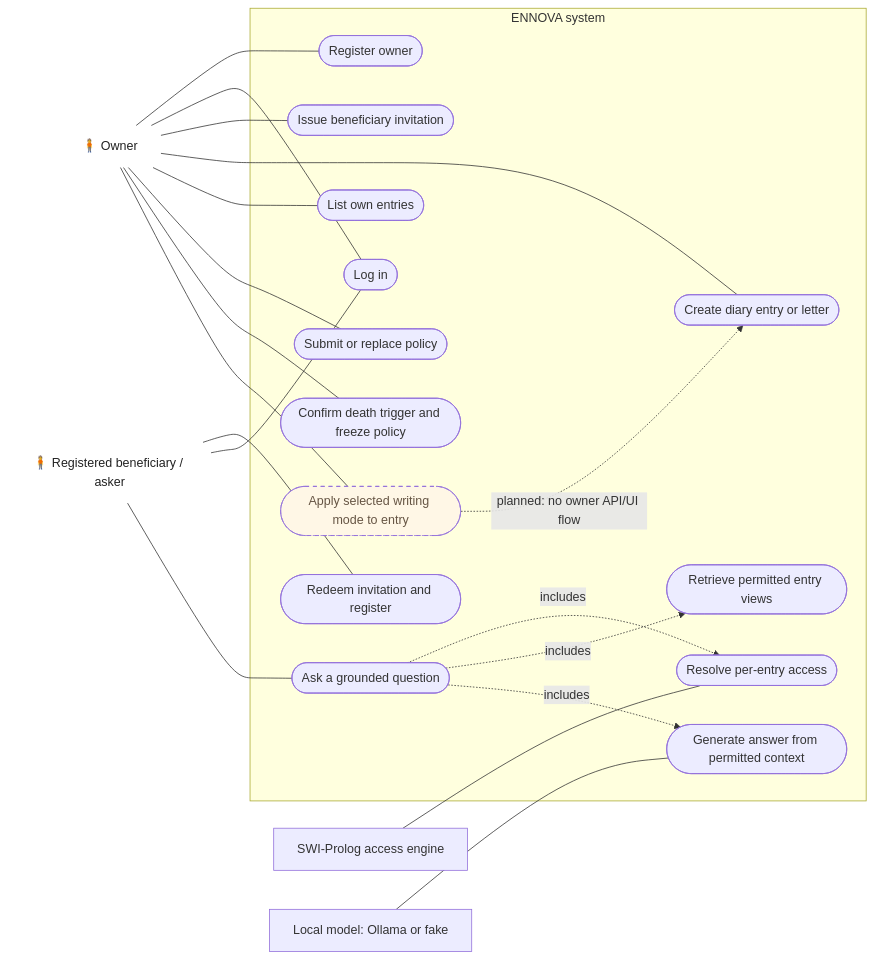
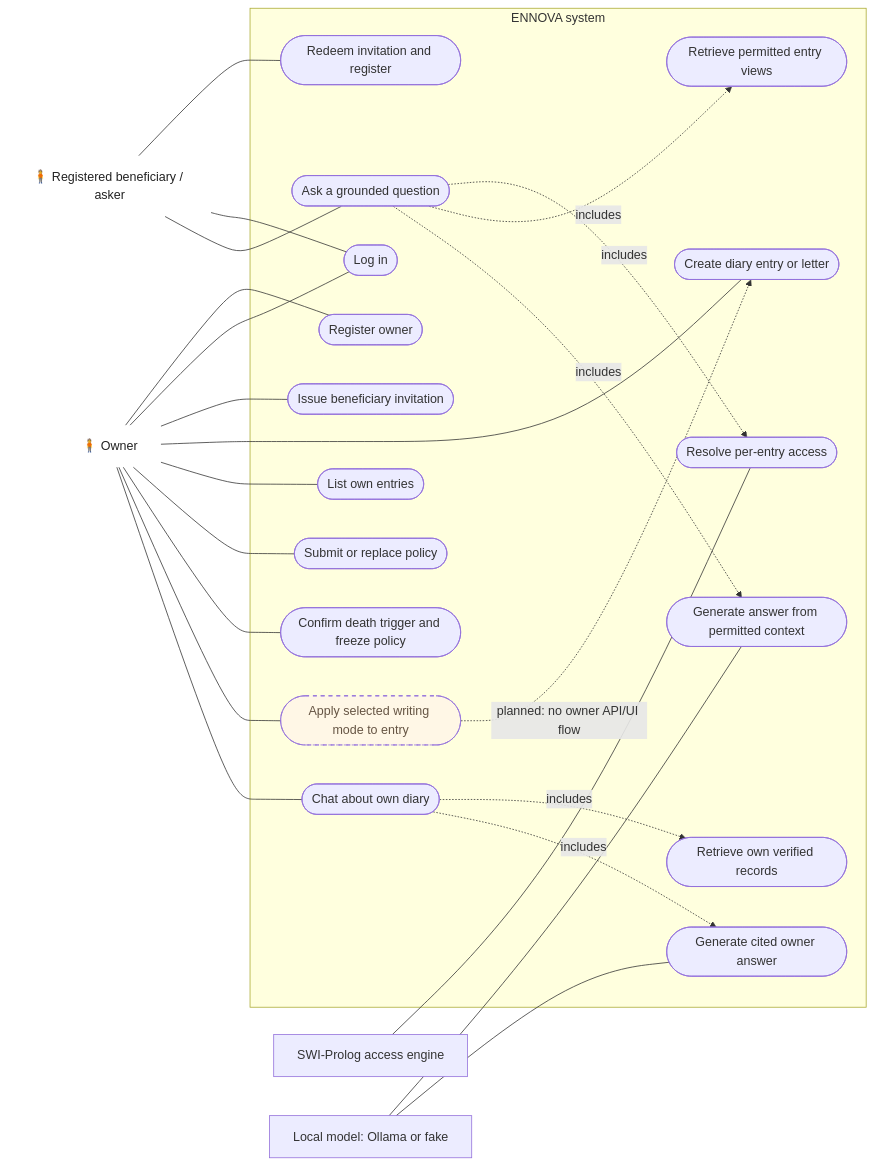
One commit to rnzel/ennova changed the diagram in docs/uml/use-case-diagram.md. Above: the diagram before and after it, drawn with Mermaid. The commit also changed other lines of this file and 21 other files, not shown here.

````diff
--- a/docs/uml/use-case-diagram.md
+++ b/docs/uml/use-case-diagram.md
@@ -5,49 +5,56 @@
 ```mermaid
 flowchart LR
     Owner["🧍 Owner"]
     Beneficiary["🧍 Registered beneficiary / asker"]
     Prolog[SWI-Prolog access engine]
     Model[Local model: Ollama or fake]
 
     subgraph ENNOVA[ENNOVA system]
         UCRegisterOwner([Register owner])
         UCLogin([Log in])
         UCInvite([Issue beneficiary invitation])
         UCRedeem([Redeem invitation and register])
         UCCreate([Create diary entry or letter])
         UCList([List own entries])
         UCPolicy([Submit or replace policy])
         UCTrigger([Confirm death trigger and freeze policy])
         UCAsk([Ask a grounded question])
+        UCOwnerAsk([Chat about own diary])
         UCAccess([Resolve per-entry access])
         UCRetrieve([Retrieve permitted entry views])
         UCAnswer([Generate answer from permitted context])
+        UCOwnerRetrieve([Retrieve own verified records])
+        UCOwnerAnswer([Generate cited owner answer])
         UCMode([Apply selected writing mode to entry])
     end
 
     Owner --- UCRegisterOwner
     Owner --- UCLogin
     Owner --- UCInvite
     Owner --- UCCreate
     Owner --- UCList
     Owner --- UCPolicy
     Owner --- UCTrigger
     Owner --- UCMode
+    Owner --- UCOwnerAsk
 
     Beneficiary --- UCRedeem
     Beneficiary --- UCLogin
     Beneficiary --- UCAsk
 
     UCAsk -. includes .-> UCAccess
     UCAsk -. includes .-> UCRetrieve
     UCAsk -. includes .-> UCAnswer
+    UCOwnerAsk -. includes .-> UCOwnerRetrieve
+    UCOwnerAsk -. includes .-> UCOwnerAnswer
     Prolog --- UCAccess
     Model --- UCAnswer
+    Model --- UCOwnerAnswer
 
     UCMode -. "planned: no owner API/UI flow" .-> UCCreate
 
     classDef planned stroke-dasharray: 5 5,fill:#fff7e6,color:#654;
     class UCMode planned;
     classDef actor fill:transparent,stroke:transparent,color:#222;
     class Owner,Beneficiary actor;
 ```
````
